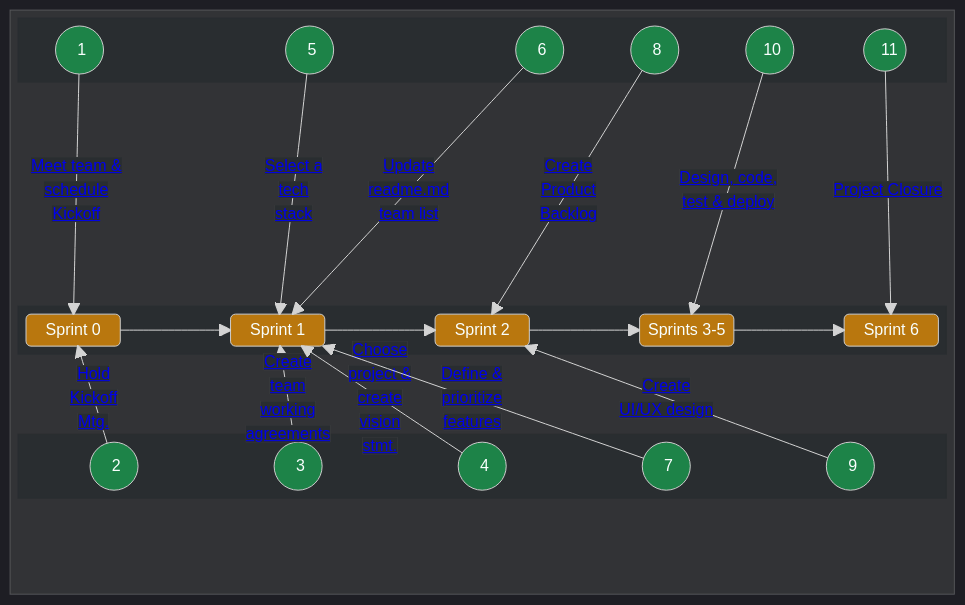
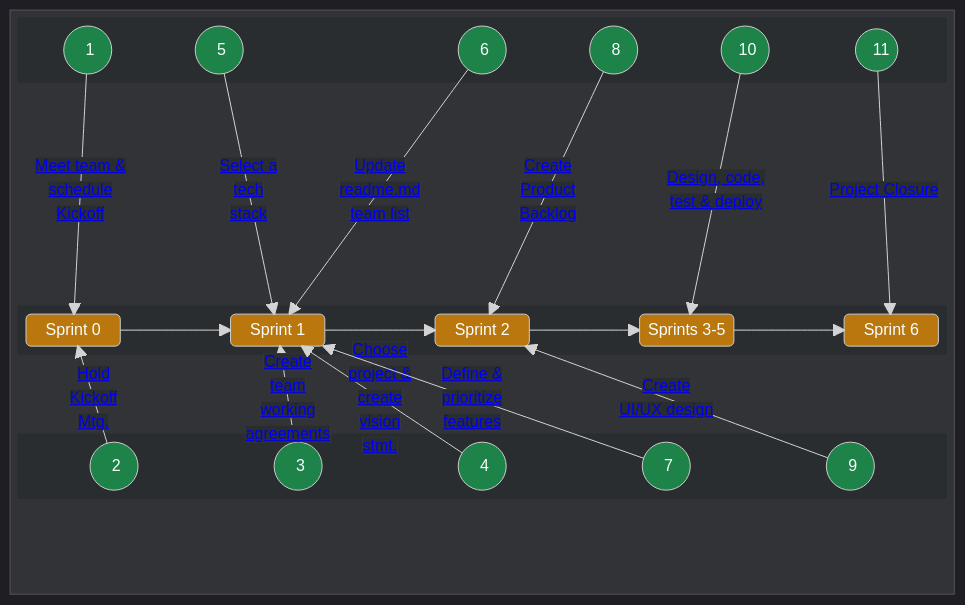
The first of 2 diagrams in docs/guides/voyage/voyage.md (chingu-voyages/Handbook), drawn with Mermaid before and after one commit.

Commit message:
Feature: Define Sprint 0 details [WIP]

```diff
--- a/docs/guides/voyage/voyage.md
+++ b/docs/guides/voyage/voyage.md
@@ -72,7 +72,6 @@
       block:B0TOP
         columns 11
         A1(("&nbsp;&nbsp;&nbsp; 1 &nbsp;&nbsp;"))
-        space
         A5(("&nbsp;&nbsp;&nbsp; 5 &nbsp;&nbsp;"))
         space
         A6(("&nbsp;&nbsp;&nbsp; 6 &nbsp;&nbsp;"))
```
